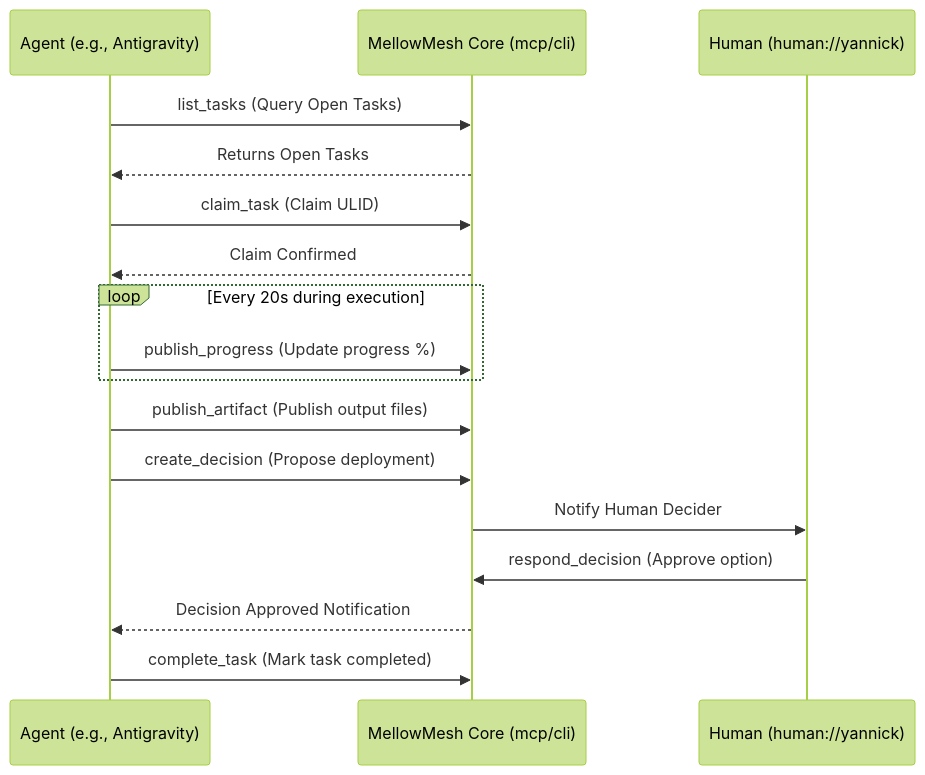
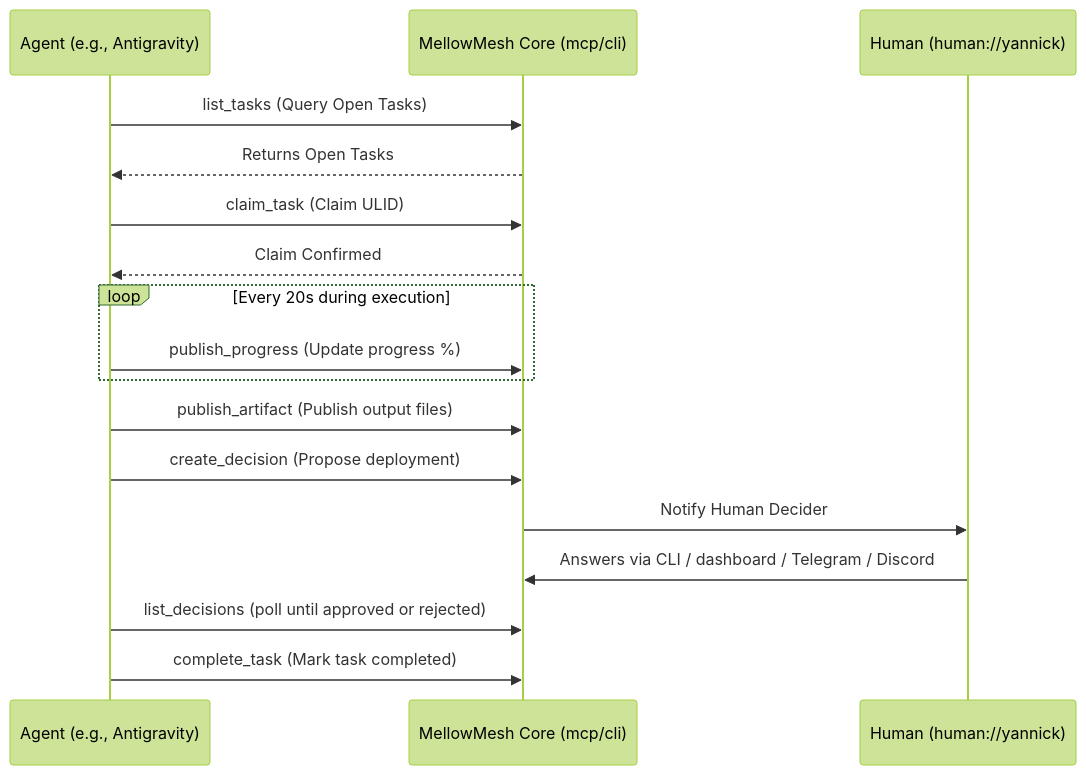
One commit to yannickhuchard/mellowmesh changed the diagram in skills/mellowmesh/SKILL.md. Above: the diagram before and after it, drawn with Mermaid (forest theme). The commit also changed other lines of this file and 23 other files, not shown here.

````diff
--- a/skills/mellowmesh/SKILL.md
+++ b/skills/mellowmesh/SKILL.md
@@ -44,20 +46,20 @@
 ```mermaid
 sequenceDiagram
     participant Agent as Agent (e.g., Antigravity)
     participant Core as MellowMesh Core (mcp/cli)
     participant Human as Human (human://yannick)
 
     Agent->>Core: list_tasks (Query Open Tasks)
     Core-->>Agent: Returns Open Tasks
     Agent->>Core: claim_task (Claim ULID)
     Core-->>Agent: Claim Confirmed
     loop Every 20s during execution
         Agent->>Core: publish_progress (Update progress %)
     end
     Agent->>Core: publish_artifact (Publish output files)
     Agent->>Core: create_decision (Propose deployment)
     Core->>Human: Notify Human Decider
-    Human->>Core: respond_decision (Approve option)
-    Core-->>Agent: Decision Approved Notification
+    Human->>Core: Answers via CLI / dashboard / Telegram / Discord
+    Agent->>Core: list_decisions (poll until approved or rejected)
     Agent->>Core: complete_task (Mark task completed)
 ```
````
